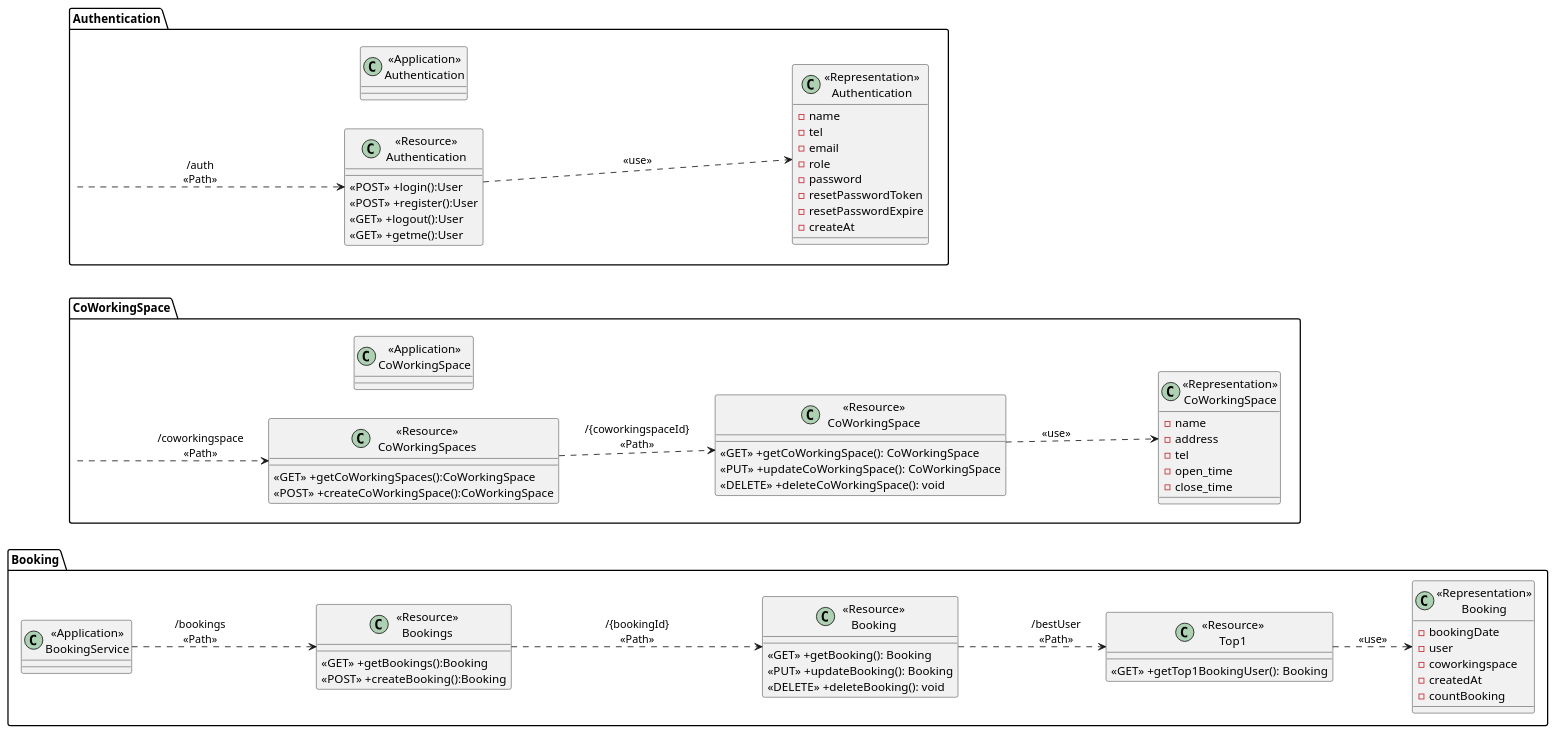
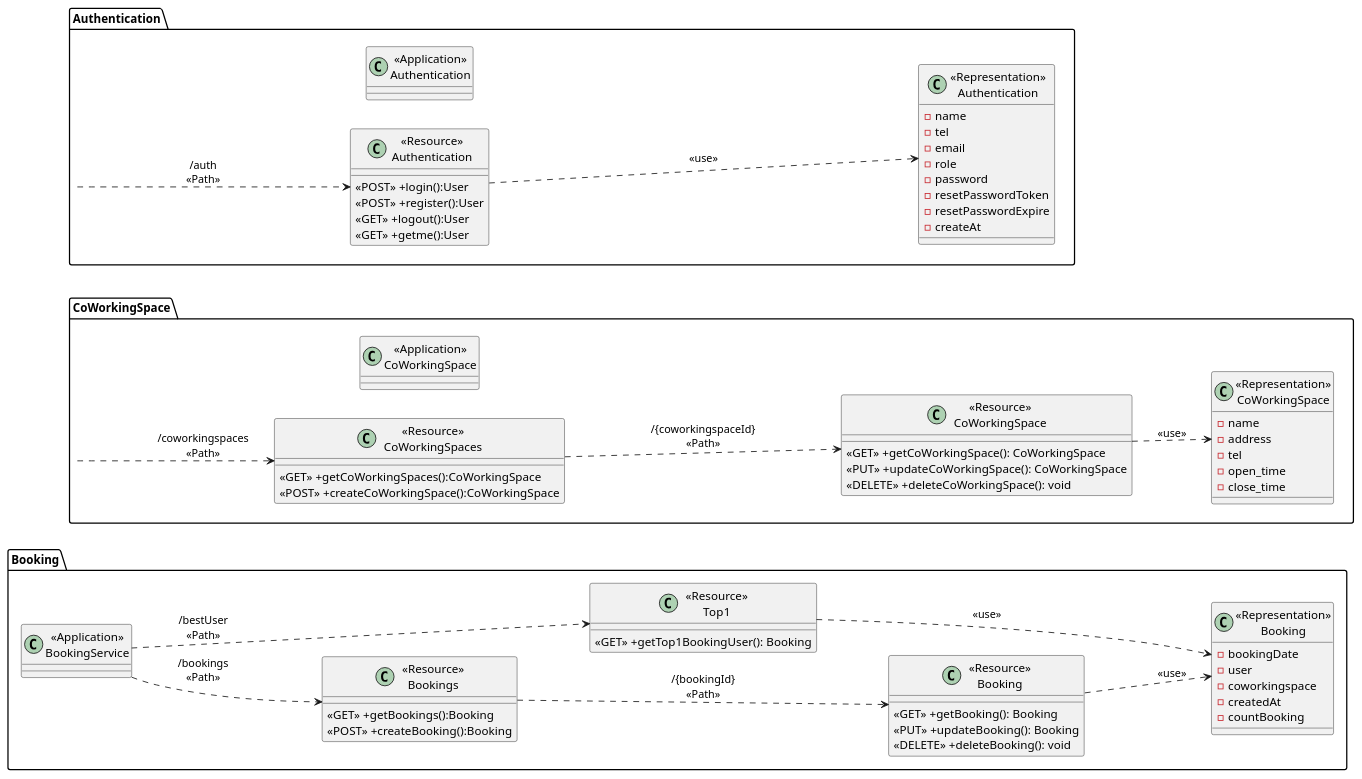
One commit to 2110503TACEDT66/presentation-day-1-nongearnproject changed the diagram in classDiagram.puml. Above: the diagram before and after it, drawn with PlantUML.

Commit message:
class Diagram fixed

```diff
--- a/classDiagram.puml
+++ b/classDiagram.puml
@@ -50,89 +50,90 @@
 @startuml Class Diagram
 left to right direction
 package "Booking"{
     class "<<Application>>\nBookingService" as BookingService{}
 
     class "<<Resource>>\nBookings" as ResourceBookings{
         <<GET>> +getBookings():Booking
         <<POST>> +createBooking():Booking
     }
 
     class "<<Resource>>\nBooking" as ResourceBooking {
         <<GET>> +getBooking(): Booking
         <<PUT>> +updateBooking(): Booking
         <<DELETE>> +deleteBooking(): void
     }
     class "<<Resource>>\nTop1" as SearchTop1BookingUser {
         <<GET>> +getTop1BookingUser(): Booking
     }
 
     class "<<Representation>>\nBooking" as RepresentationBooking {
         - bookingDate
         - user
         - coworkingspace
         - createdAt
         - countBooking
     }
 
 }
 
 package "CoWorkingSpace"{
     class "<<Application>>\nCoWorkingSpace" as CoWorkingSpace{}
 
     class "<<Resource>>\nCoWorkingSpaces" as ResourceCoWorkingSpaces{
         <<GET>> +getCoWorkingSpaces():CoWorkingSpace
         <<POST>> +createCoWorkingSpace():CoWorkingSpace
     }
 
     class "<<Resource>>\nCoWorkingSpace" as ResourceCoWorkingSpace {
         <<GET>> +getCoWorkingSpace(): CoWorkingSpace
         <<PUT>> +updateCoWorkingSpace(): CoWorkingSpace
         <<DELETE>> +deleteCoWorkingSpace(): void
     }
 
     class "<<Representation>>\nCoWorkingSpace" as RepresentationCoWorkingSpace {
         - name
         - address
         - tel
         - open_time
         - close_time
     }
 
 }
 
 package "Authentication"{
     class "<<Application>>\nAuthentication" as Authentication{}
 
     class "<<Resource>>\nAuthentication" as ResourceAuthentication{
         <<POST>> +login():User
         <<POST>> +register():User
         <<GET>> +logout():User
         <<GET>> +getme():User
     }
 
 
     class "<<Representation>>\nAuthentication" as RepresentationAuthentication {
         - name
         - tel
         - email
         - role
         - password
         - resetPasswordToken
         - resetPasswordExpire
         - createAt
     }
 
 }
 
 BookingService ..> ResourceBookings:"/bookings\n<<Path>>"
+BookingService ..> SearchTop1BookingUser: "/bestUser\n<<Path>>"
 ResourceBookings ..> ResourceBooking: "/{bookingId}\n<<Path>>"
-ResourceBooking ..> SearchTop1BookingUser: "/bestUser\n<<Path>>"
+ResourceBooking ..> RepresentationBooking: "<<use>>"
 SearchTop1BookingUser ..> RepresentationBooking: "<<use>>"
 
-CoWorkingSpace ..> ResourceCoWorkingSpaces:"/coworkingspace\n<<Path>>"
+CoWorkingSpace ..> ResourceCoWorkingSpaces:"/coworkingspaces\n<<Path>>"
 ResourceCoWorkingSpaces ..> ResourceCoWorkingSpace: "/{coworkingspaceId}\n<<Path>>"
 ResourceCoWorkingSpace ..> RepresentationCoWorkingSpace: "<<use>>"
 
 Authentication ..> ResourceAuthentication:"/auth\n<<Path>>"
 ResourceAuthentication ..> RepresentationAuthentication: "<<use>>"
 @enduml
```
